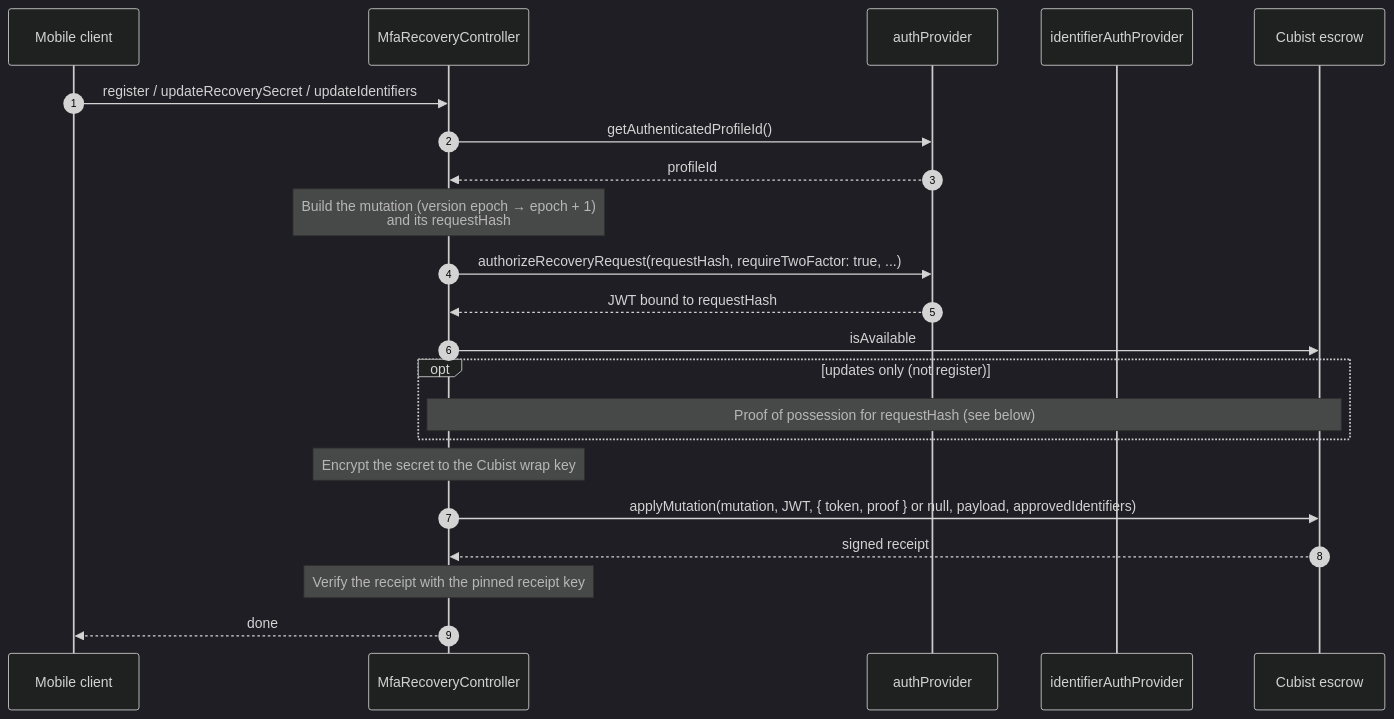
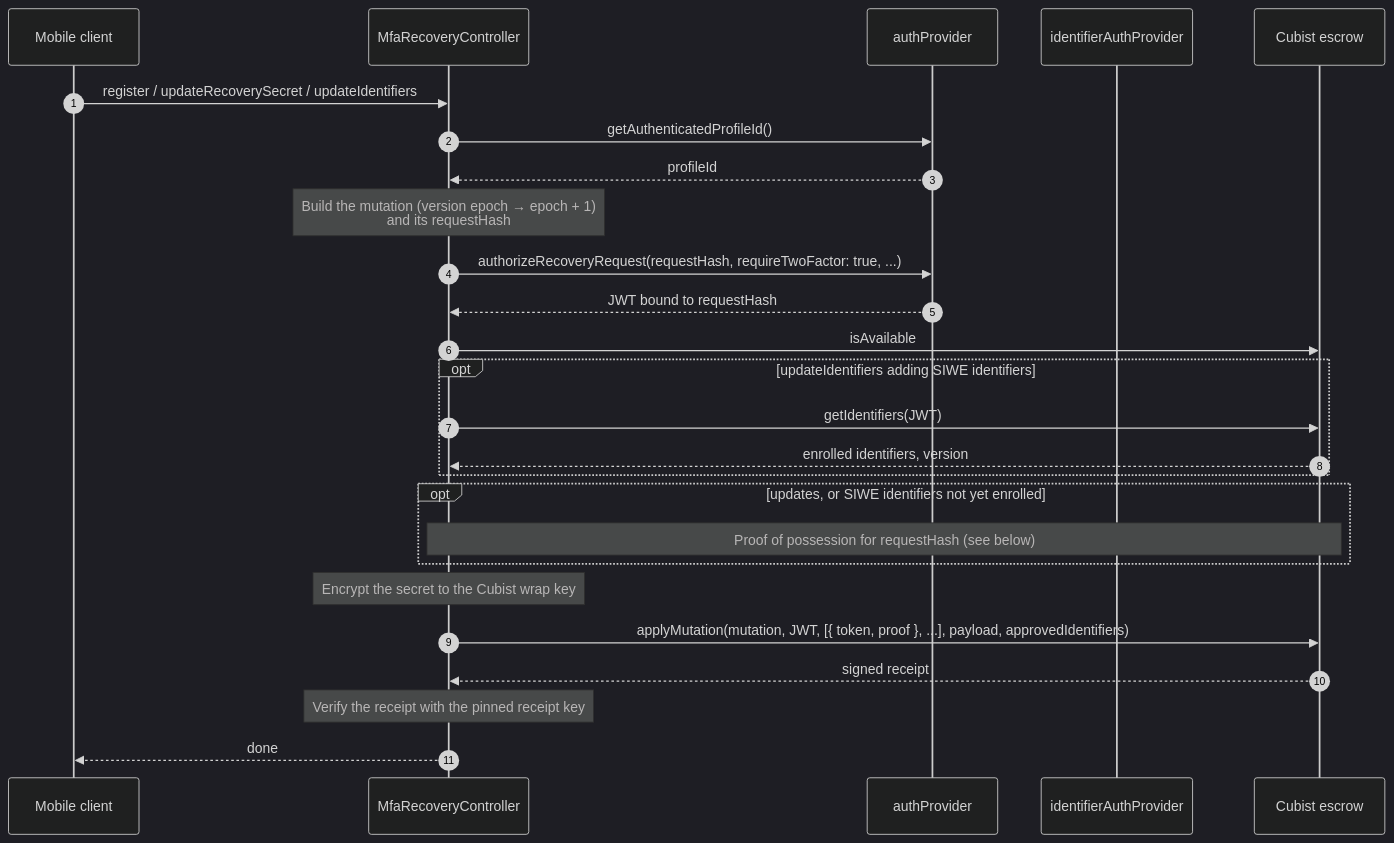
One commit to MetaMask/core changed the second of 3 diagrams in packages/mfa-recovery-controller/CUBIST_TEST_SEQUENCE.md. Above: the diagram before and after it, drawn with Mermaid (dark theme). The commit also changed other lines of this file and 10 other files, not shown here.

First line of the commit message:
feat: prove new SIWE identifiers with recovery mutations

````diff
--- a/packages/mfa-recovery-controller/CUBIST_TEST_SEQUENCE.md
+++ b/packages/mfa-recovery-controller/CUBIST_TEST_SEQUENCE.md
@@ -57,27 +57,31 @@
 ```mermaid
 sequenceDiagram
   autonumber
   participant Mobile as Mobile client
   participant C as MfaRecoveryController
   participant Auth as authProvider
   participant Id as identifierAuthProvider
   participant Cubist as Cubist escrow
 
   Mobile->>C: register / updateRecoverySecret / updateIdentifiers
   C->>Auth: getAuthenticatedProfileId()
   Auth-->>C: profileId
   Note over C: Build the mutation (version epoch → epoch + 1)<br/>and its requestHash
   C->>Auth: authorizeRecoveryRequest(requestHash, requireTwoFactor: true, ...)
   Auth-->>C: JWT bound to requestHash
   C->>Cubist: isAvailable
 
-  opt updates only (not register)
+  opt updateIdentifiers adding SIWE identifiers
+    C->>Cubist: getIdentifiers(JWT)
+    Cubist-->>C: enrolled identifiers, version
+  end
+  opt updates, or SIWE identifiers not yet enrolled
     Note over C,Cubist: Proof of possession for requestHash (see below)
   end
 
   Note over C: Encrypt the secret to the Cubist wrap key
-  C->>Cubist: applyMutation(mutation, JWT, { token, proof } or null, payload, approvedIdentifiers)
+  C->>Cubist: applyMutation(mutation, JWT, [{ token, proof }, ...], payload, approvedIdentifiers)
   Cubist-->>C: signed receipt
   Note over C: Verify the receipt with the pinned receipt key
   C-->>Mobile: done
 ```
````
